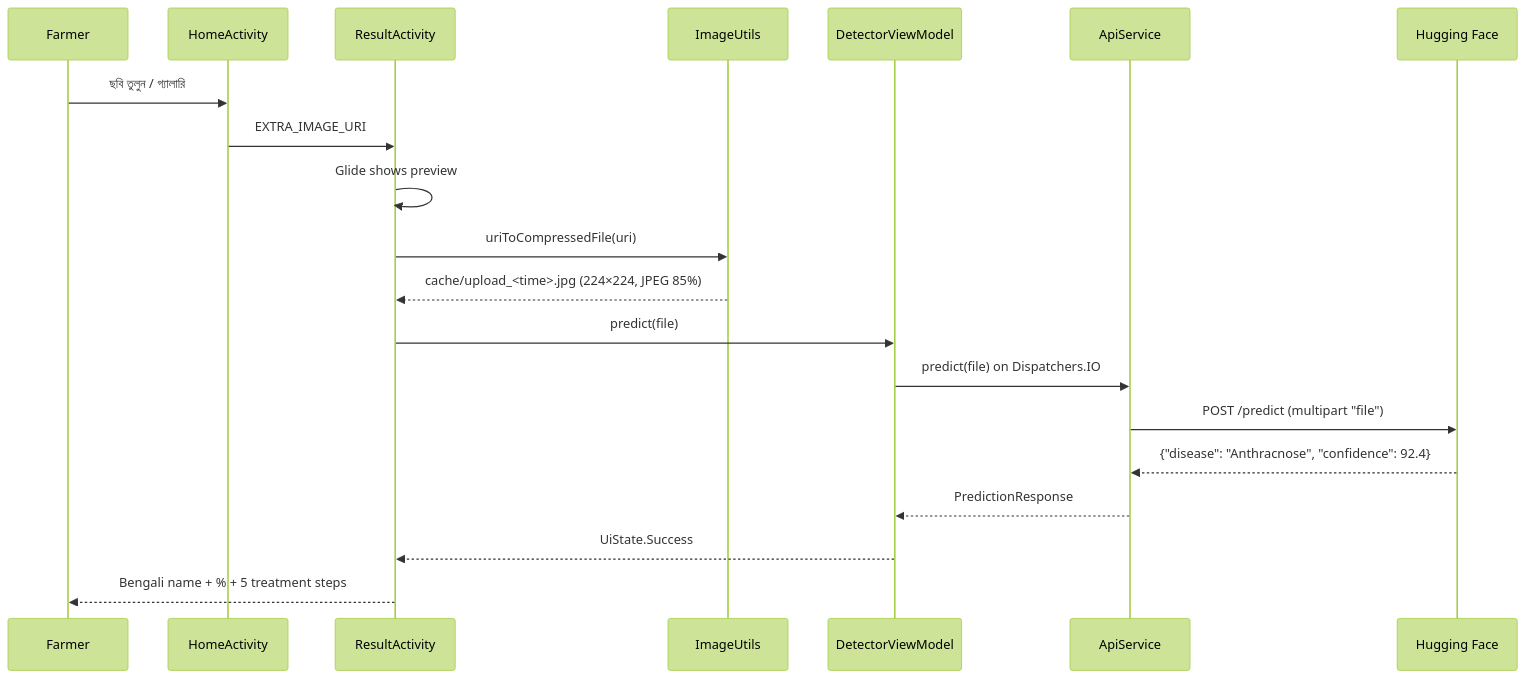
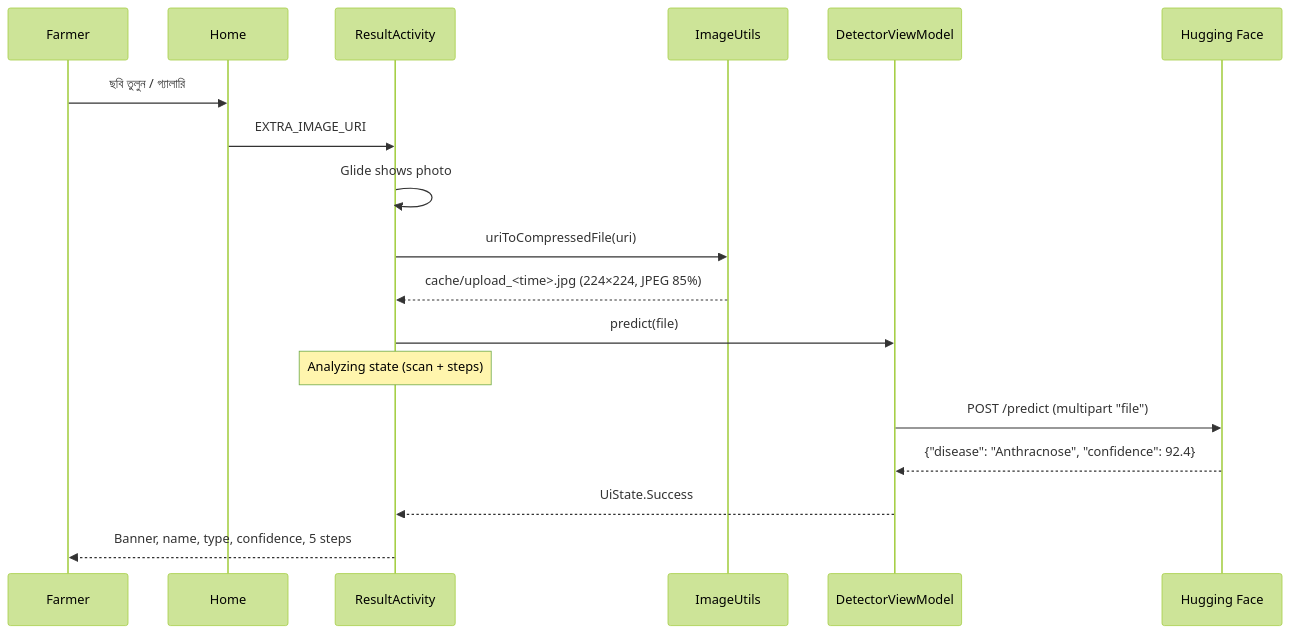
Before and after one commit to asmRakibulHasan/Mango-Disease-Detector: the third of 3 diagrams in docs/APP_DOCUMENTATION.md, drawn with Mermaid (forest theme). The commit also changed other lines of this file and 1 other file, not shown here.

````diff
--- a/docs/APP_DOCUMENTATION.md
+++ b/docs/APP_DOCUMENTATION.md
@@ -411,23 +562,21 @@
 ```mermaid
 sequenceDiagram
     participant F as Farmer
-    participant H as HomeActivity
+    participant H as Home
     participant R as ResultActivity
     participant I as ImageUtils
     participant V as DetectorViewModel
-    participant A as ApiService
     participant HF as Hugging Face
 
     F->>H: ছবি তুলুন / গ্যালারি
     H->>R: EXTRA_IMAGE_URI
-    R->>R: Glide shows preview
+    R->>R: Glide shows photo
     R->>I: uriToCompressedFile(uri)
     I-->>R: cache/upload_<time>.jpg (224×224, JPEG 85%)
     R->>V: predict(file)
-    V->>A: predict(file) on Dispatchers.IO
-    A->>HF: POST /predict (multipart "file")
-    HF-->>A: {"disease": "Anthracnose", "confidence": 92.4}
-    A-->>V: PredictionResponse
+    Note over R: Analyzing state (scan + steps)
+    V->>HF: POST /predict (multipart "file")
+    HF-->>V: {"disease": "Anthracnose", "confidence": 92.4}
     V-->>R: UiState.Success
-    R-->>F: Bengali name + % + 5 treatment steps
+    R-->>F: Banner, name, type, confidence, 5 steps
 ```
````
